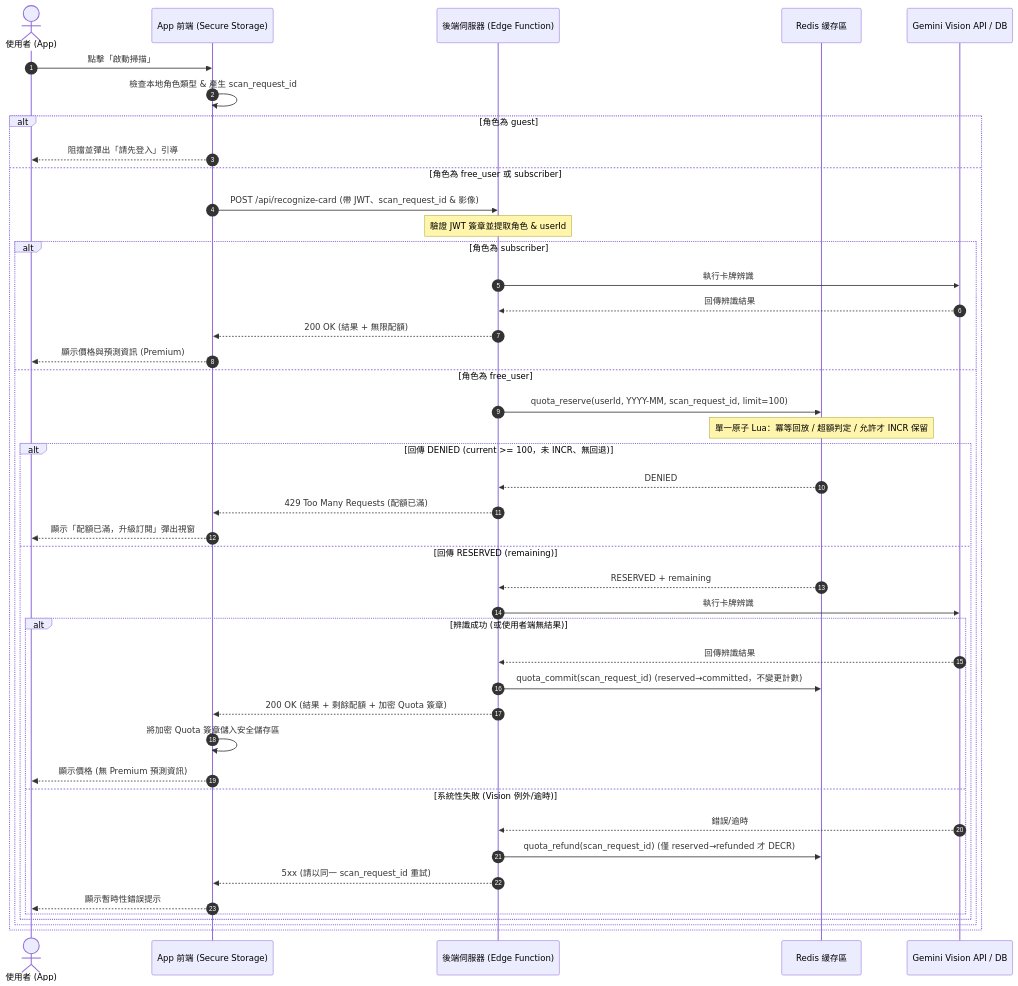
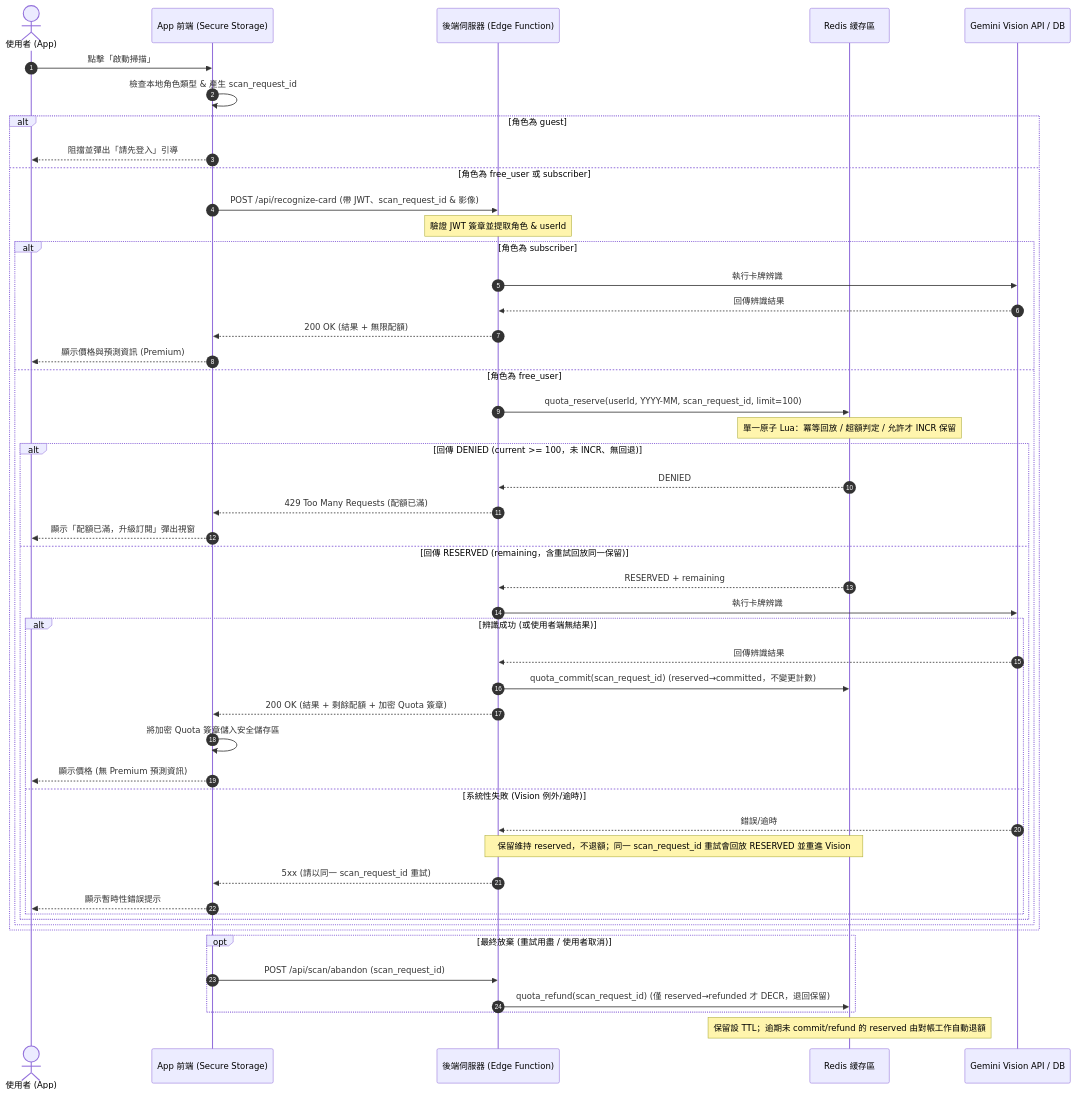
The second of 2 diagrams in docs/plans/2026-07-27-guest-free-subscriber-permission-design.md (dicoge/hunterCard), drawn with Mermaid before and after one commit. The commit also changed other lines of this file, not shown here.

First line of the commit message:
docs(plans): resolve refund-vs-retry contract conflict (DIC-940 QA, DIC-659)

````diff
--- a/docs/plans/2026-07-27-guest-free-subscriber-permission-design.md
+++ b/docs/plans/2026-07-27-guest-free-subscriber-permission-design.md
@@ -38,47 +38,52 @@
 ```mermaid
 sequenceDiagram
     autonumber
     actor User as 使用者 (App)
     participant Client as App 前端 (Secure Storage)
     participant Server as 後端伺服器 (Edge Function)
     participant Cache as Redis 緩存區
     participant Vision as Gemini Vision API / DB
 
     User->>Client: 點擊「啟動掃描」
     Client->>Client: 檢查本地角色類型 & 產生 scan_request_id
     alt 角色為 guest
         Client-->>User: 阻擋並彈出「請先登入」引導
     else 角色為 free_user 或 subscriber
         Client->>Server: POST /api/recognize-card (帶 JWT、scan_request_id & 影像)
         Note over Server: 驗證 JWT 簽章並提取角色 & userId
         alt 角色為 subscriber
             Server->>Vision: 執行卡牌辨識
             Vision-->>Server: 回傳辨識結果
             Server-->>Client: 200 OK (結果 + 無限配額)
             Client-->>User: 顯示價格與預測資訊 (Premium)
         else 角色為 free_user
             Server->>Cache: quota_reserve(userId, YYYY-MM, scan_request_id, limit=100)
             Note over Cache: 單一原子 Lua：冪等回放 / 超額判定 / 允許才 INCR 保留
             alt 回傳 DENIED (current >= 100，未 INCR、無回退)
                 Cache-->>Server: DENIED
                 Server-->>Client: 429 Too Many Requests (配額已滿)
                 Client-->>User: 顯示「配額已滿，升級訂閱」彈出視窗
-            else 回傳 RESERVED (remaining)
+            else 回傳 RESERVED (remaining，含重試回放同一保留)
                 Cache-->>Server: RESERVED + remaining
                 Server->>Vision: 執行卡牌辨識
                 alt 辨識成功 (或使用者端無結果)
                     Vision-->>Server: 回傳辨識結果
                     Server->>Cache: quota_commit(scan_request_id) (reserved→committed，不變更計數)
                     Server-->>Client: 200 OK (結果 + 剩餘配額 + 加密 Quota 簽章)
                     Client->>Client: 將加密 Quota 簽章儲入安全儲存區
                     Client-->>User: 顯示價格 (無 Premium 預測資訊)
                 else 系統性失敗 (Vision 例外/逾時)
                     Vision-->>Server: 錯誤/逾時
-                    Server->>Cache: quota_refund(scan_request_id) (僅 reserved→refunded 才 DECR)
+                    Note over Server,Cache: 保留維持 reserved，不退額；同一 scan_request_id 重試會回放 RESERVED 並重進 Vision
                     Server-->>Client: 5xx (請以同一 scan_request_id 重試)
                     Client-->>User: 顯示暫時性錯誤提示
                 end
             end
         end
     end
+    opt 最終放棄 (重試用盡 / 使用者取消)
+        Client->>Server: POST /api/scan/abandon (scan_request_id)
+        Server->>Cache: quota_refund(scan_request_id) (僅 reserved→refunded 才 DECR，退回保留)
+    end
+    Note over Cache: 保留設 TTL；逾期未 commit/refund 的 reserved 由對帳工作自動退額
 ```
````
